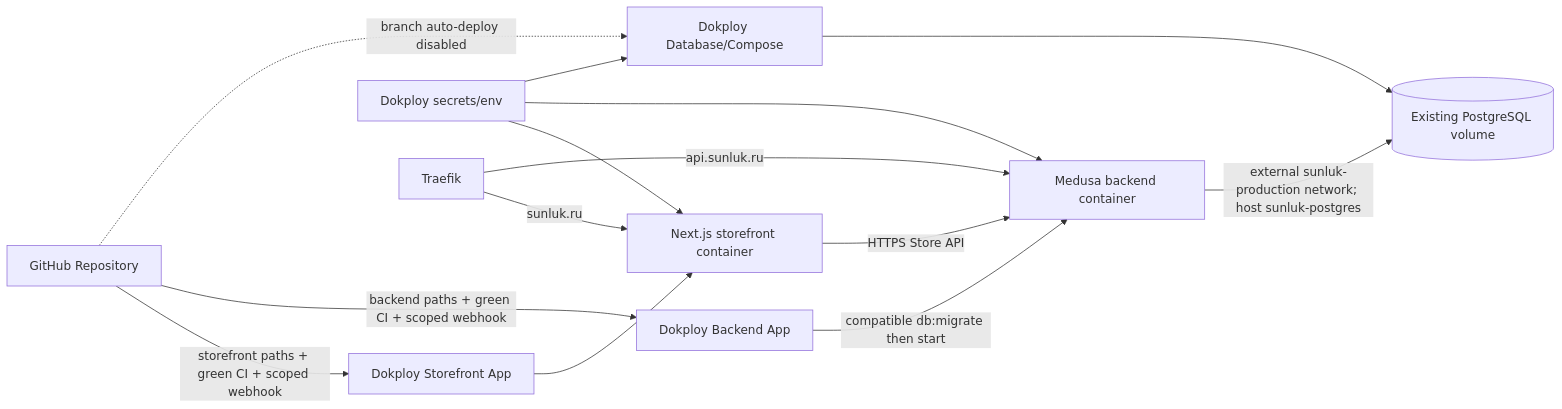
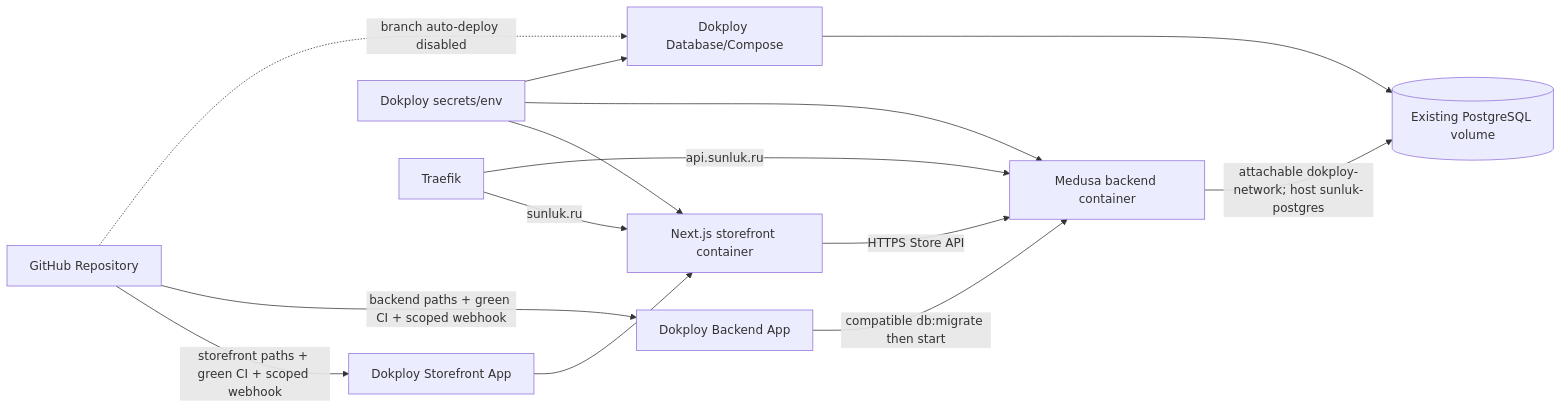
Before and after one commit to AtoshaKartosha/sunluk: the third of 3 diagrams in flows/integrations/ci-cd.md, drawn with Mermaid. The commit also changed other lines of this file and 4 other files, not shown here.

````diff
--- a/flows/integrations/ci-cd.md
+++ b/flows/integrations/ci-cd.md
@@ -120,16 +120,16 @@
 ```mermaid
 flowchart LR
   GH[GitHub Repository] -->|storefront paths + green CI + scoped webhook| SFDeploy[Dokploy Storefront App]
   GH -->|backend paths + green CI + scoped webhook| BEDeploy[Dokploy Backend App]
   GH -. branch auto-deploy disabled .-> DBDeploy[Dokploy Database/Compose]
   SFDeploy --> SF[Next.js storefront container]
   BEDeploy -->|compatible db:migrate then start| BE[Medusa backend container]
   DBDeploy --> DB[(Existing PostgreSQL volume)]
   SF -->|HTTPS Store API| BE
-  BE -->|external sunluk-production network; host sunluk-postgres| DB
+  BE -->|attachable dokploy-network; host sunluk-postgres| DB
   Env[Dokploy secrets/env] --> SF
   Env --> BE
   Env --> DBDeploy
   Traefik -->|sunluk.ru| SF
   Traefik -->|api.sunluk.ru| BE
 ```
````
